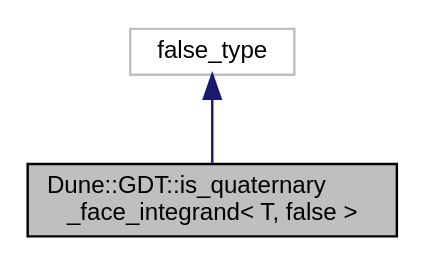
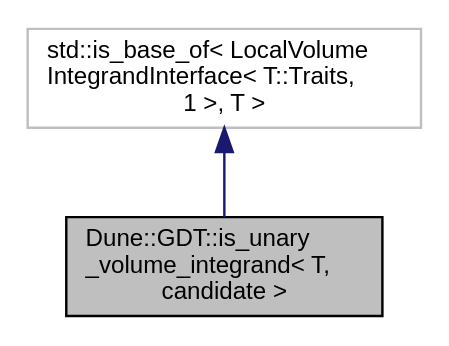
One commit to dune-community/dune-community.github.io changed the diagram in docs/dune-gdt/''/a03203.dot. Above: the diagram before and after it, drawn with Graphviz. The commit also changed 2647 other files, not shown here.

Commit message:
Updated documentation for dune-gdt ''

```diff
--- a/docs/dune-gdt/''/a03203.dot
+++ b/docs/dune-gdt/''/a03203.dot
@@ -1,8 +1,8 @@
-digraph "Dune::GDT::is_quaternary_face_integrand&lt; T, false &gt;"
+digraph "Dune::GDT::is_unary_volume_integrand&lt; T, candidate &gt;"
 {
   edge [fontname="Helvetica",fontsize="10",labelfontname="Helvetica",labelfontsize="10"];
   node [fontname="Helvetica",fontsize="10",shape=record];
-  Node0 [label="Dune::GDT::is_quaternary\l_face_integrand\< T, false \>",height=0.2,width=0.4,color="black", fillcolor="grey75", style="filled", fontcolor="black"];
+  Node0 [label="Dune::GDT::is_unary\l_volume_integrand\< T,\l candidate \>",height=0.2,width=0.4,color="black", fillcolor="grey75", style="filled", fontcolor="black"];
   Node1 -> Node0 [dir="back",color="midnightblue",fontsize="10",style="solid",fontname="Helvetica"];
-  Node1 [label="false_type",height=0.2,width=0.4,color="grey75", fillcolor="white", style="filled"];
+  Node1 [label="std::is_base_of\< LocalVolume\lIntegrandInterface\< T::Traits,\l 1 \>, T \>",height=0.2,width=0.4,color="grey75", fillcolor="white", style="filled"];
 }
```
